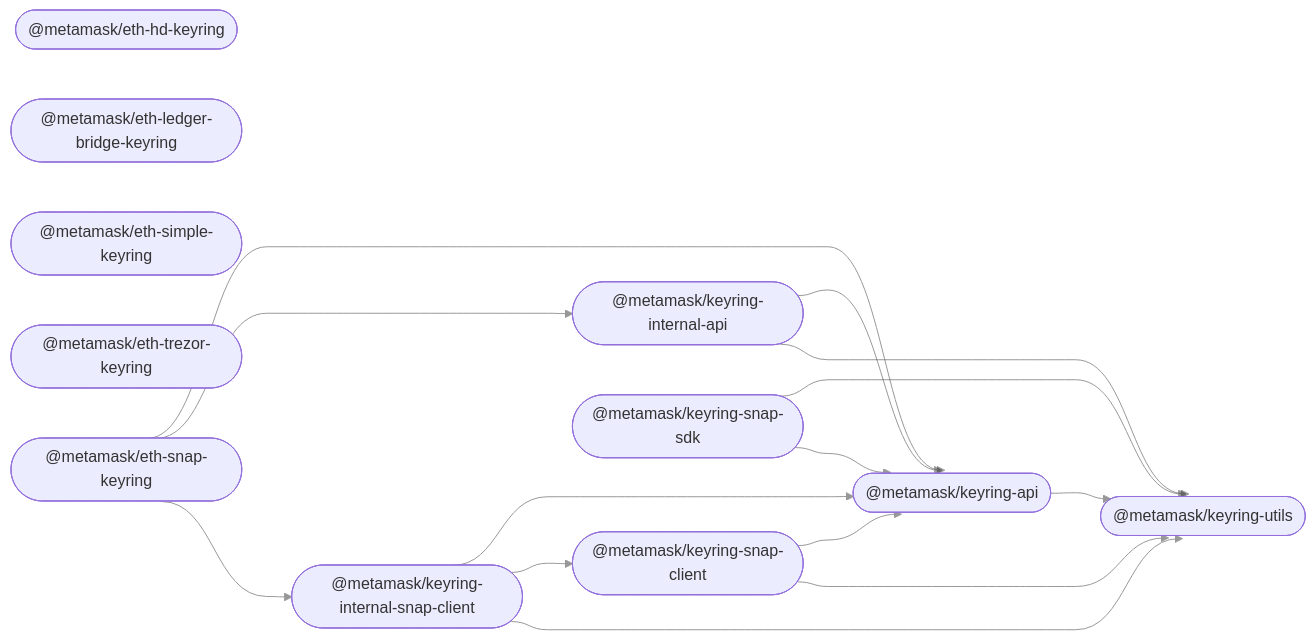
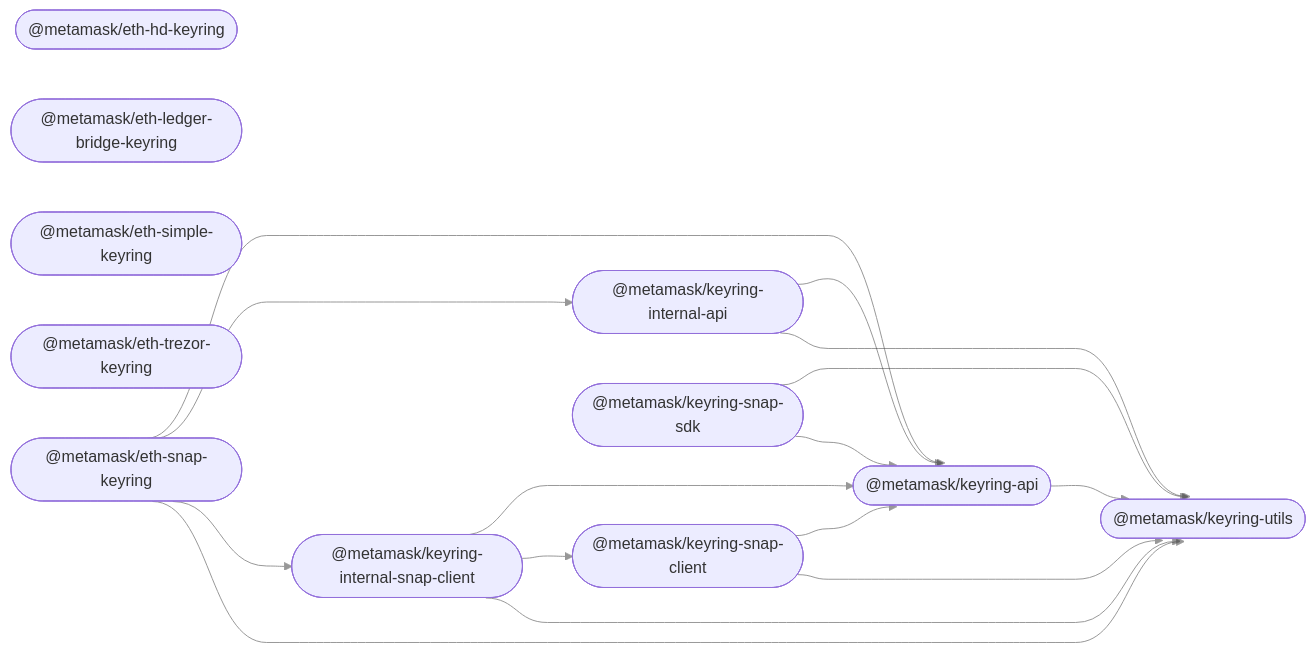
The diagram in README.md (MetaMask/accounts), drawn with Mermaid before and after one commit.

````diff
--- a/README.md
+++ b/README.md
@@ -33,29 +33,30 @@
 ```mermaid
 %%{ init: { 'flowchart': { 'curve': 'bumpX' } } }%%
 graph LR;
 linkStyle default opacity:0.5
   keyring_api(["@metamask/keyring-api"]);
   eth_hd_keyring(["@metamask/eth-hd-keyring"]);
   eth_ledger_bridge_keyring(["@metamask/eth-ledger-bridge-keyring"]);
   eth_simple_keyring(["@metamask/eth-simple-keyring"]);
   eth_trezor_keyring(["@metamask/eth-trezor-keyring"]);
   keyring_internal_api(["@metamask/keyring-internal-api"]);
   keyring_internal_snap_client(["@metamask/keyring-internal-snap-client"]);
   eth_snap_keyring(["@metamask/eth-snap-keyring"]);
   keyring_snap_client(["@metamask/keyring-snap-client"]);
   keyring_snap_sdk(["@metamask/keyring-snap-sdk"]);
   keyring_utils(["@metamask/keyring-utils"]);
   keyring_api --> keyring_utils;
   keyring_internal_api --> keyring_api;
   keyring_internal_api --> keyring_utils;
   keyring_internal_snap_client --> keyring_api;
   keyring_internal_snap_client --> keyring_snap_client;
   keyring_internal_snap_client --> keyring_utils;
   eth_snap_keyring --> keyring_api;
   eth_snap_keyring --> keyring_internal_api;
   eth_snap_keyring --> keyring_internal_snap_client;
+  eth_snap_keyring --> keyring_utils;
   keyring_snap_client --> keyring_api;
   keyring_snap_client --> keyring_utils;
   keyring_snap_sdk --> keyring_utils;
   keyring_snap_sdk --> keyring_api;
 ```
````
